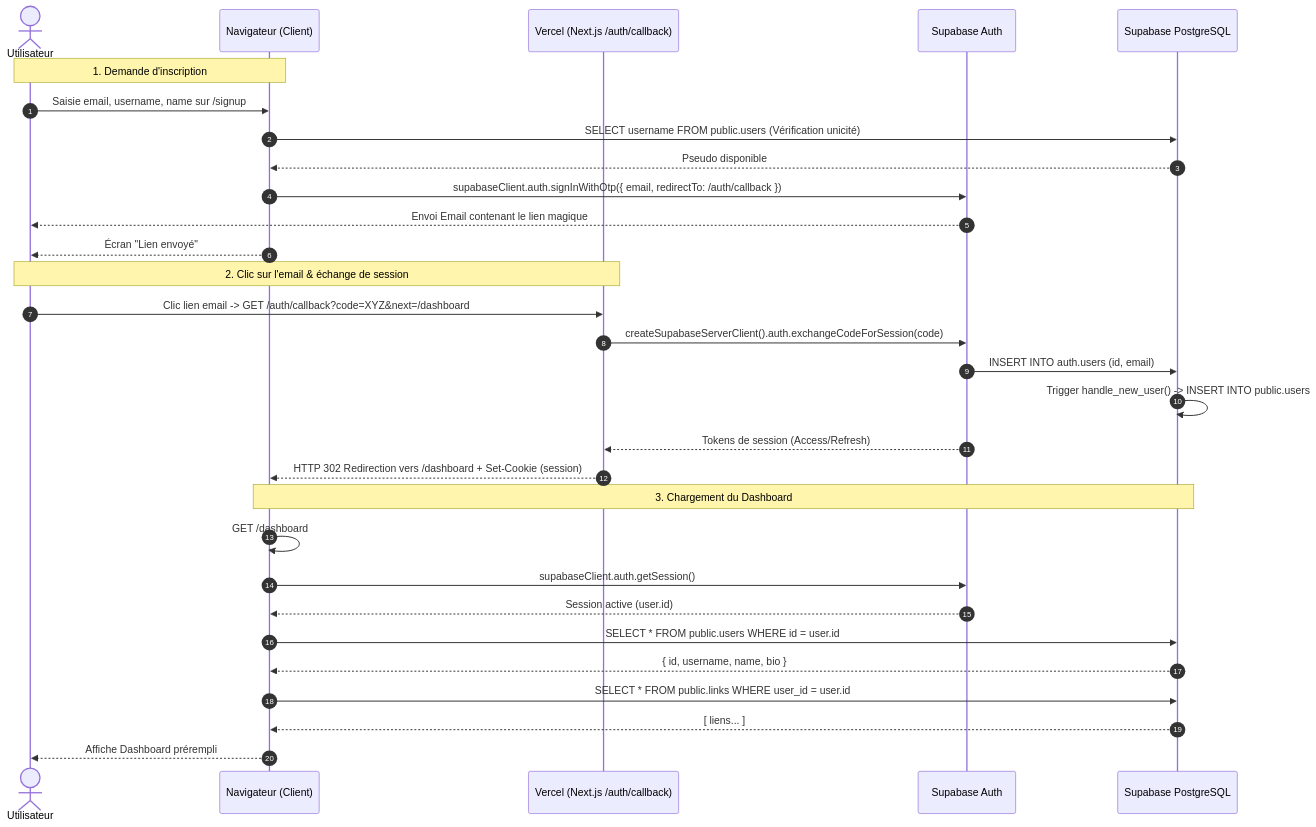
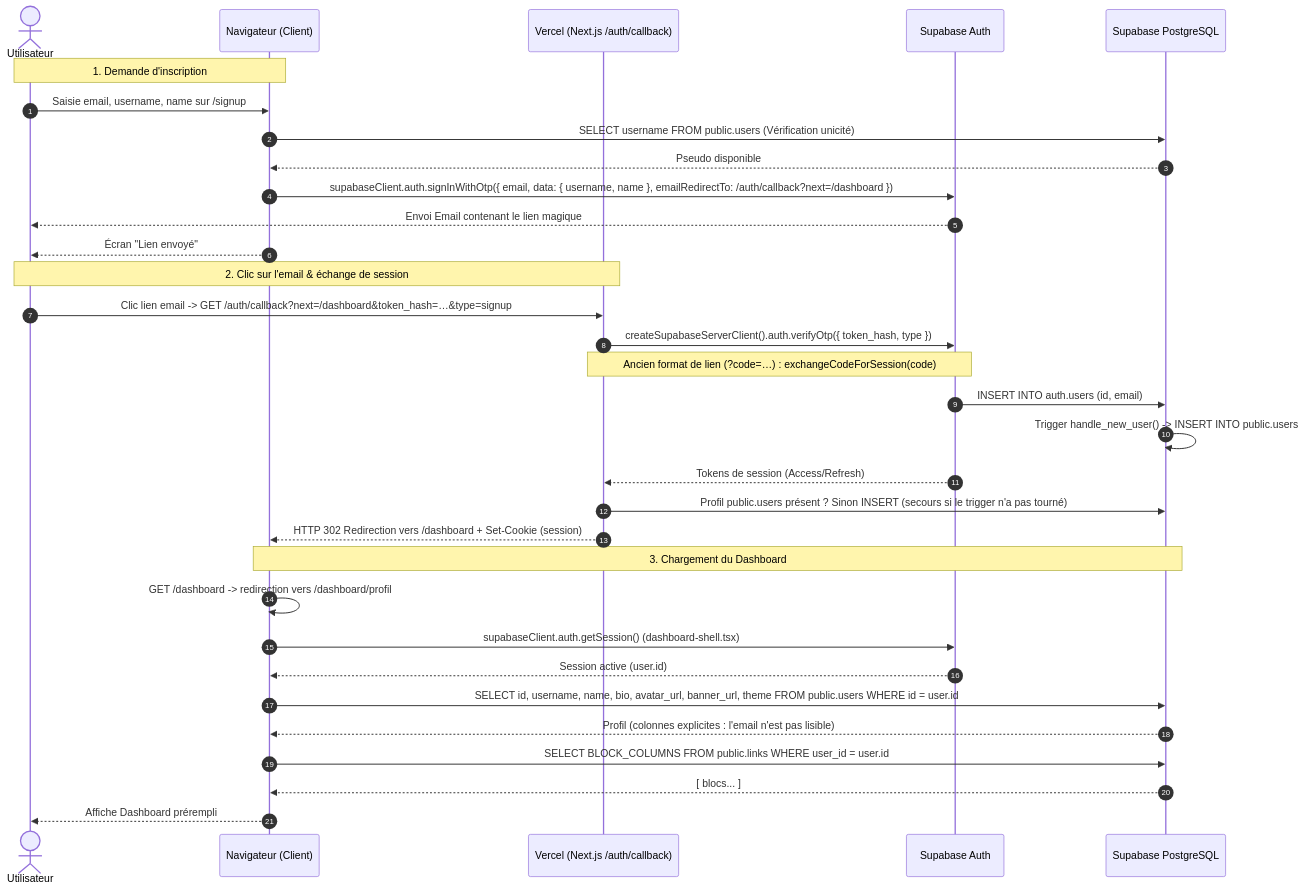
The diagram in docs/auth-workflow.md (MarioHit/mialigo), drawn with Mermaid before and after one commit. The commit also changed other lines of this file and 14 other files, not shown here.

````diff
--- a/docs/auth-workflow.md
+++ b/docs/auth-workflow.md
@@ -26,35 +26,37 @@
 ```mermaid
 sequenceDiagram
     autonumber
     actor User as Utilisateur
     participant Browser as Navigateur (Client)
     participant Vercel as Vercel (Next.js /auth/callback)
     participant SupaAuth as Supabase Auth
     participant SupaDB as Supabase PostgreSQL
 
     Note over User, Browser: 1. Demande d'inscription
     User->>Browser: Saisie email, username, name sur /signup
     Browser->>SupaDB: SELECT username FROM public.users (Vérification unicité)
     SupaDB-->>Browser: Pseudo disponible
-    Browser->>SupaAuth: supabaseClient.auth.signInWithOtp({ email, redirectTo: /auth/callback })
+    Browser->>SupaAuth: supabaseClient.auth.signInWithOtp({ email, data: { username, name }, emailRedirectTo: /auth/callback?next=/dashboard })
     SupaAuth-->>User: Envoi Email contenant le lien magique
     Browser-->>User: Écran "Lien envoyé"
 
     Note over User, Vercel: 2. Clic sur l'email & échange de session
-    User->>Vercel: Clic lien email -> GET /auth/callback?code=XYZ&next=/dashboard
-    Vercel->>SupaAuth: createSupabaseServerClient().auth.exchangeCodeForSession(code)
+    User->>Vercel: Clic lien email -> GET /auth/callback?next=/dashboard&token_hash=…&type=signup
+    Vercel->>SupaAuth: createSupabaseServerClient().auth.verifyOtp({ token_hash, type })
+    Note over Vercel, SupaAuth: Ancien format de lien (?code=…) : exchangeCodeForSession(code)
     SupaAuth->>SupaDB: INSERT INTO auth.users (id, email)
     SupaDB->>SupaDB: Trigger handle_new_user() -> INSERT INTO public.users
     SupaAuth-->>Vercel: Tokens de session (Access/Refresh)
+    Vercel->>SupaDB: Profil public.users présent ? Sinon INSERT (secours si le trigger n'a pas tourné)
     Vercel-->>Browser: HTTP 302 Redirection vers /dashboard + Set-Cookie (session)
 
     Note over Browser, SupaDB: 3. Chargement du Dashboard
-    Browser->>Browser: GET /dashboard
-    Browser->>SupaAuth: supabaseClient.auth.getSession()
+    Browser->>Browser: GET /dashboard -> redirection vers /dashboard/profil
+    Browser->>SupaAuth: supabaseClient.auth.getSession() (dashboard-shell.tsx)
     SupaAuth-->>Browser: Session active (user.id)
-    Browser->>SupaDB: SELECT * FROM public.users WHERE id = user.id
-    SupaDB-->>Browser: { id, username, name, bio }
-    Browser->>SupaDB: SELECT * FROM public.links WHERE user_id = user.id
-    SupaDB-->>Browser: [ liens... ]
+    Browser->>SupaDB: SELECT id, username, name, bio, avatar_url, banner_url, theme FROM public.users WHERE id = user.id
+    SupaDB-->>Browser: Profil (colonnes explicites : l'email n'est pas lisible)
+    Browser->>SupaDB: SELECT BLOCK_COLUMNS FROM public.links WHERE user_id = user.id
+    SupaDB-->>Browser: [ blocs... ]
     Browser-->>User: Affiche Dashboard prérempli
 ```
````
